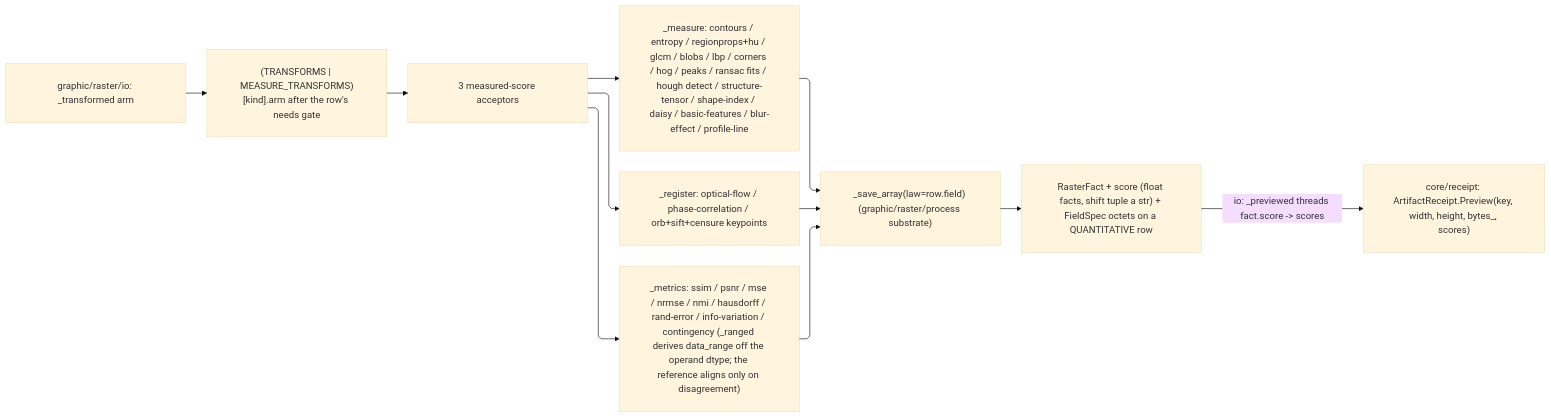
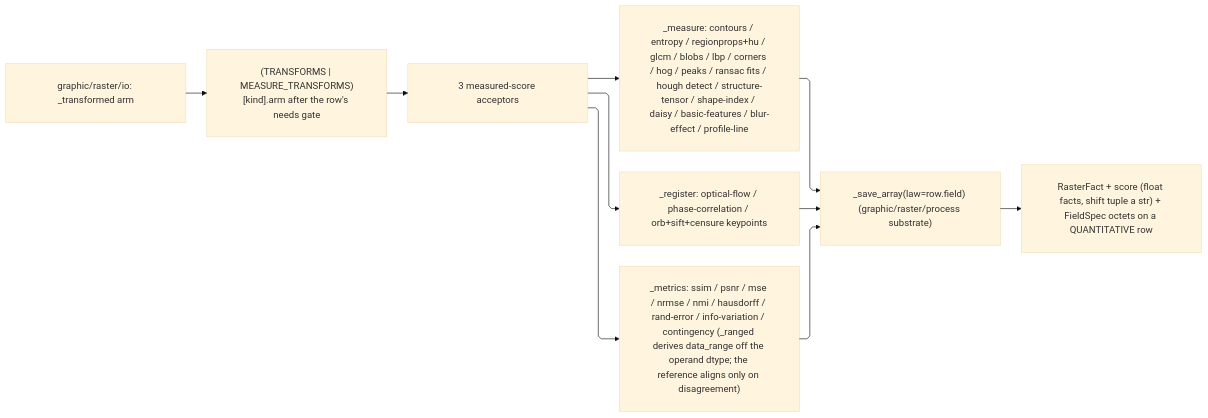
One commit to bsamiee/Rasm changed the diagram in libs/python/artifacts/.planning/graphic/raster/measure.md. Above: the diagram before and after it, drawn with Mermaid (base theme). The commit also changed other lines of this file and 1417 other files, not shown here.

````diff
--- a/libs/python/artifacts/.planning/graphic/raster/measure.md
+++ b/libs/python/artifacts/.planning/graphic/raster/measure.md
@@ -297,22 +297,21 @@
 ```mermaid
 ---
 config:
   layout: elk
   flowchart:
     curve: linear
     padding: 25
 ---
 flowchart LR
     accTitle: Raster measurement acceptor fan
-    accDescr: The transform arm resolving one table row past its needs gate into three measured-score acceptors covering measurement, registration, and reference metrics, each saving through the shared array substrate into a raster fact whose score threads onto the artifact preview receipt.
+    accDescr: The transform arm resolves one table row past its needs gate into measurement, registration, and reference-metric acceptors, each saving through the shared array substrate into RasterFact.
     Tx["graphic/raster/io: _transformed arm"] --> Table["(TRANSFORMS | MEASURE_TRANSFORMS)[kind].arm after the row's needs gate"]
     Table --> Acc["3 measured-score acceptors"]
     Acc --> Mea["_measure: contours / entropy / regionprops+hu / glcm / blobs / lbp / corners / hog / peaks / ransac fits / hough detect / structure-tensor / shape-index / daisy / basic-features / blur-effect / profile-line"]
     Acc --> Reg["_register: optical-flow / phase-correlation / orb+sift+censure keypoints"]
     Acc --> Met["_metrics: ssim / psnr / mse / nrmse / nmi / hausdorff / rand-error / info-variation / contingency (_ranged derives data_range off the operand dtype; the reference aligns only on disagreement)"]
     Mea --> Save["_save_array(law=row.field) (graphic/raster/process substrate)"]
     Reg --> Save
     Met --> Save
     Save --> Fact["RasterFact + score (float facts, shift tuple a str) + FieldSpec octets on a QUANTITATIVE row"]
-    Fact -->|"io: _previewed threads fact.score -> scores"| Preview["core/receipt: ArtifactReceipt.Preview(key, width, height, bytes_, scores)"]
 ```
````
